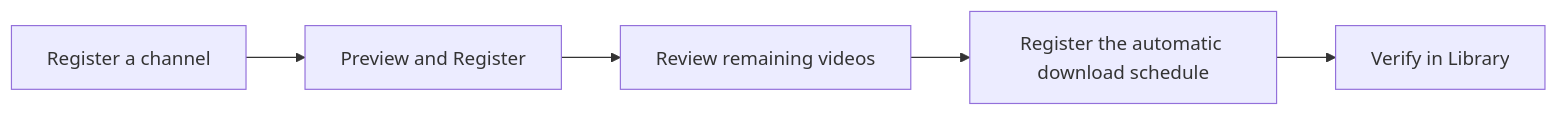
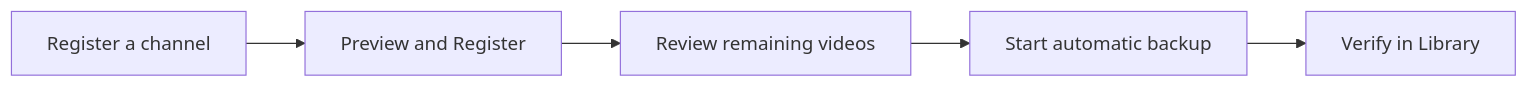
The diagram in docs/usage/index.md (hyeonsangjeon/channel-vault-nas), drawn with Mermaid before and after one commit. The commit also changed other lines of this file and 90 other files, not shown here.

````diff
--- a/docs/usage/index.md
+++ b/docs/usage/index.md
@@ -5,7 +5,7 @@
 ```mermaid
 flowchart LR
   A[Register a channel] --> B[Preview and Register]
   B --> C[Review remaining videos]
-  C --> D[Register the automatic download schedule]
+  C --> D[Start automatic backup]
   D --> E[Verify in Library]
 ```
````
